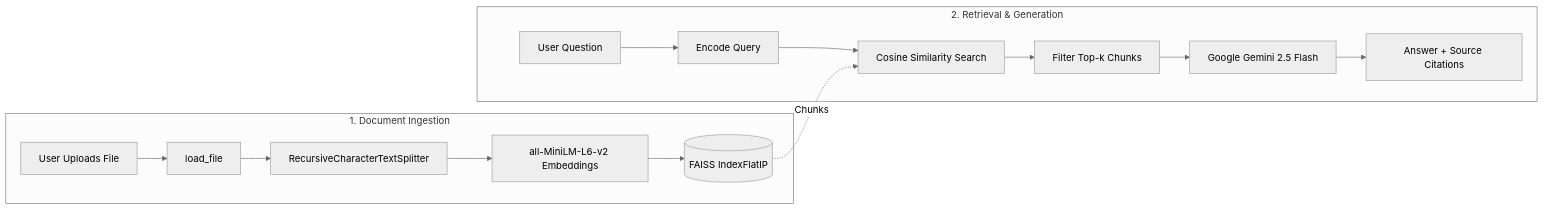
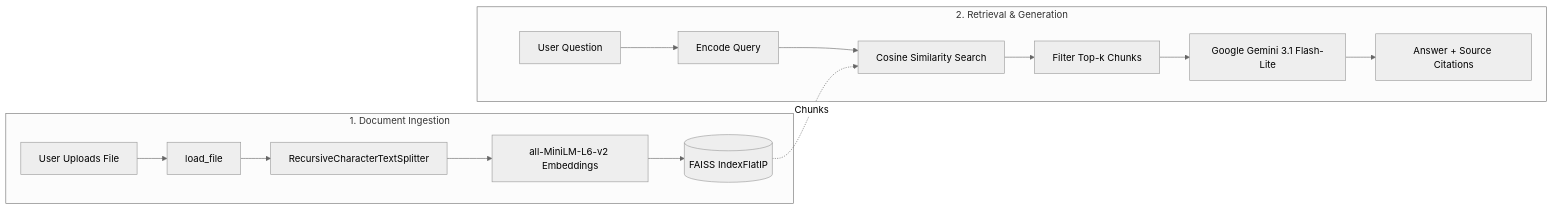
The diagram in README.md (saugatadk/RAG), drawn with Mermaid (neutral theme) before and after one commit. The commit also changed other lines of this file and 1 other file, not shown here.

Commit message:
feat: switch default LLM model to Gemini 3.1 Flash-Lite

````diff
--- a/README.md
+++ b/README.md
@@ -41,18 +31,18 @@
 ```mermaid
 flowchart LR
     subgraph Ingestion ["1. Document Ingestion"]
         Upload[User Uploads File] --> FormatParser[load_file]
         FormatParser --> Splitter[RecursiveCharacterTextSplitter]
         Splitter --> Embedder[all-MiniLM-L6-v2 Embeddings]
         Embedder --> FAISS[(FAISS IndexFlatIP)]
     end
 
     subgraph Retrieval ["2. Retrieval & Generation"]
         Query[User Question] --> QEmbed[Encode Query]
         QEmbed --> Search[Cosine Similarity Search]
         FAISS -. Chunks .-> Search
         Search --> ContextFilter[Filter Top-k Chunks]
-        ContextFilter --> LLM[Google Gemini 2.5 Flash]
+        ContextFilter --> LLM[Google Gemini 3.1 Flash-Lite]
         LLM --> Response[Answer + Source Citations]
     end
 ```
````
